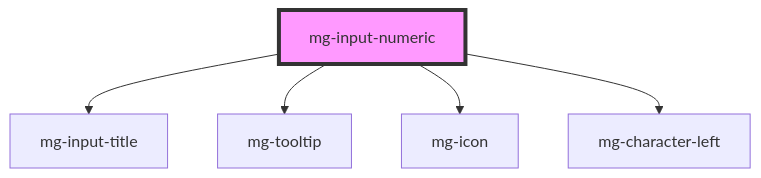
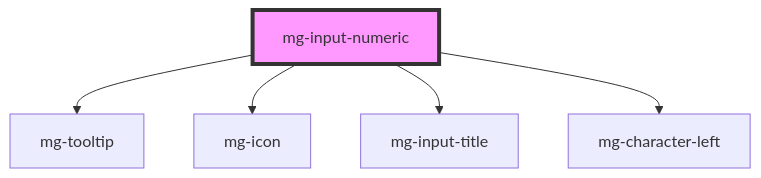
Before and after one commit to MGDIS/mg-components: the diagram in src/components/molecules/inputs/mg-input-numeric/readme.md, drawn with Mermaid. The commit also changed other lines of this file and 50 other files, not shown here.

````diff
--- a/src/components/molecules/inputs/mg-input-numeric/readme.md
+++ b/src/components/molecules/inputs/mg-input-numeric/readme.md
@@ -46,8 +46,8 @@
 ```mermaid
 graph TD;
-  mg-input-numeric --> mg-input-title
   mg-input-numeric --> mg-tooltip
   mg-input-numeric --> mg-icon
+  mg-input-numeric --> mg-input-title
   mg-input-numeric --> mg-character-left
   style mg-input-numeric fill:#f9f,stroke:#333,stroke-width:4px
 ```
````
